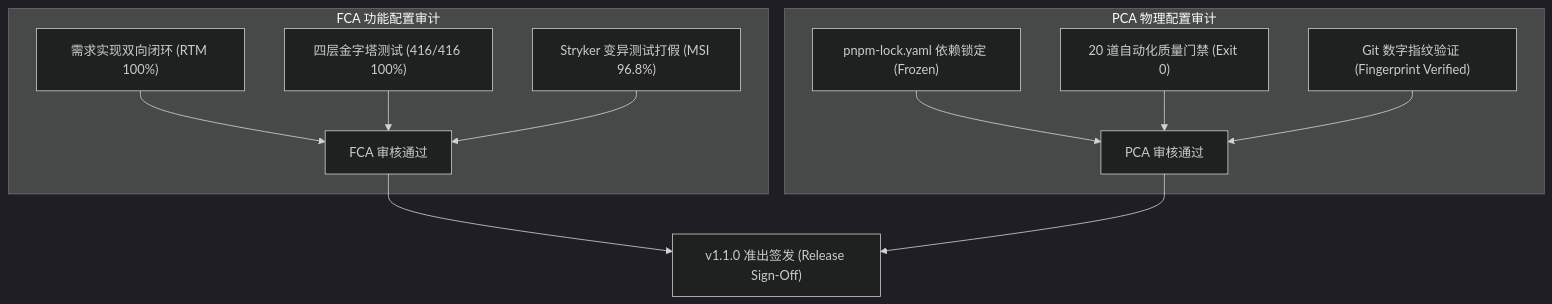
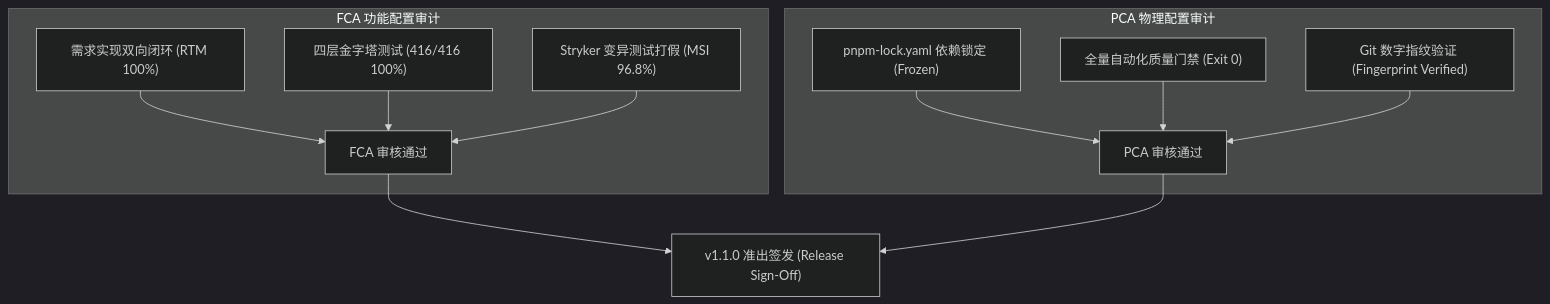
The diagram in docs/06_quality_assurance/audit/PCA-FCA-COMPLIANCE-AUDIT-v1.1.0.md (xaicd/cooliebase-all), drawn with Mermaid (dark theme) before and after one commit. The commit also changed other lines of this file and 21 other files, not shown here.

````diff
--- a/docs/06_quality_assurance/audit/PCA-FCA-COMPLIANCE-AUDIT-v1.1.0.md
+++ b/docs/06_quality_assurance/audit/PCA-FCA-COMPLIANCE-AUDIT-v1.1.0.md
@@ -15,16 +15,16 @@
 ```mermaid
 flowchart TD
     subgraph FCA_Audit ["FCA 功能配置审计"]
         F1["需求实现双向闭环 (RTM 100%)"] --> FCA_Pass["FCA 审核通过"]
         F2["四层金字塔测试 (416/416 100%)"] --> FCA_Pass
         F3["Stryker 变异测试打假 (MSI 96.8%)"] --> FCA_Pass
     end
 
     subgraph PCA_Audit ["PCA 物理配置审计"]
         P1["pnpm-lock.yaml 依赖锁定 (Frozen)"] --> PCA_Pass["PCA 审核通过"]
-        P2["20 道自动化质量门禁 (Exit 0)"] --> PCA_Pass
+        P2["全量自动化质量门禁 (Exit 0)"] --> PCA_Pass
         P3["Git 数字指纹验证 (Fingerprint Verified)"] --> PCA_Pass
     end
 
     FCA_Pass & PCA_Pass --> Final["v1.1.0 准出签发 (Release Sign-Off)"]
 ```
````
